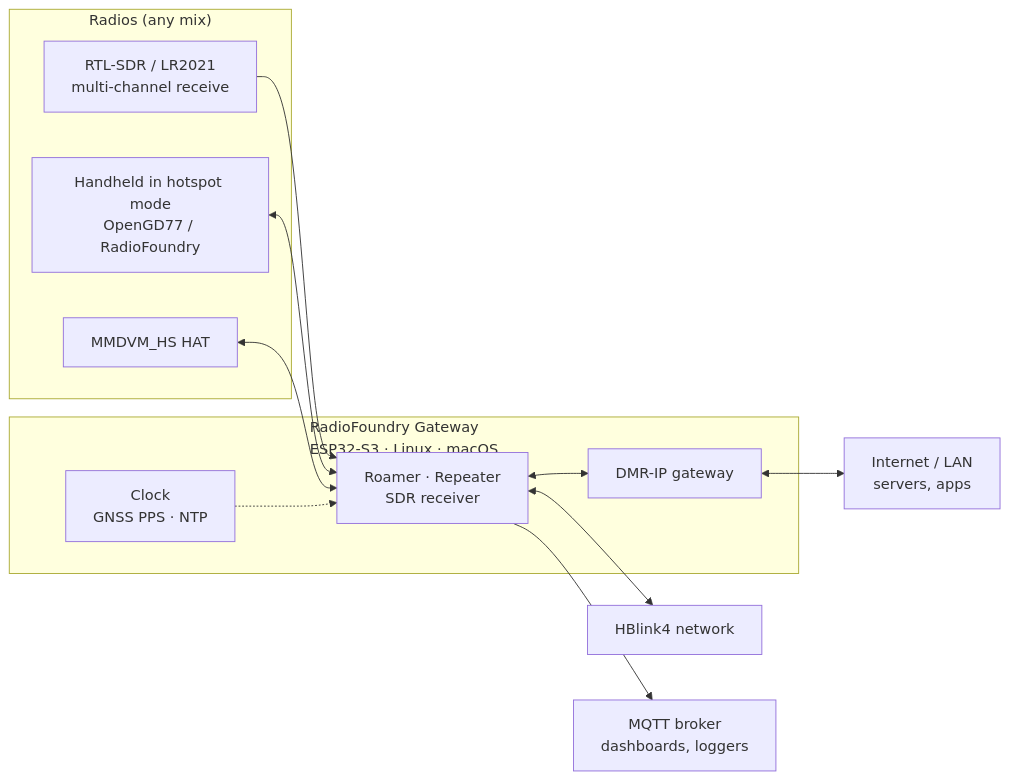
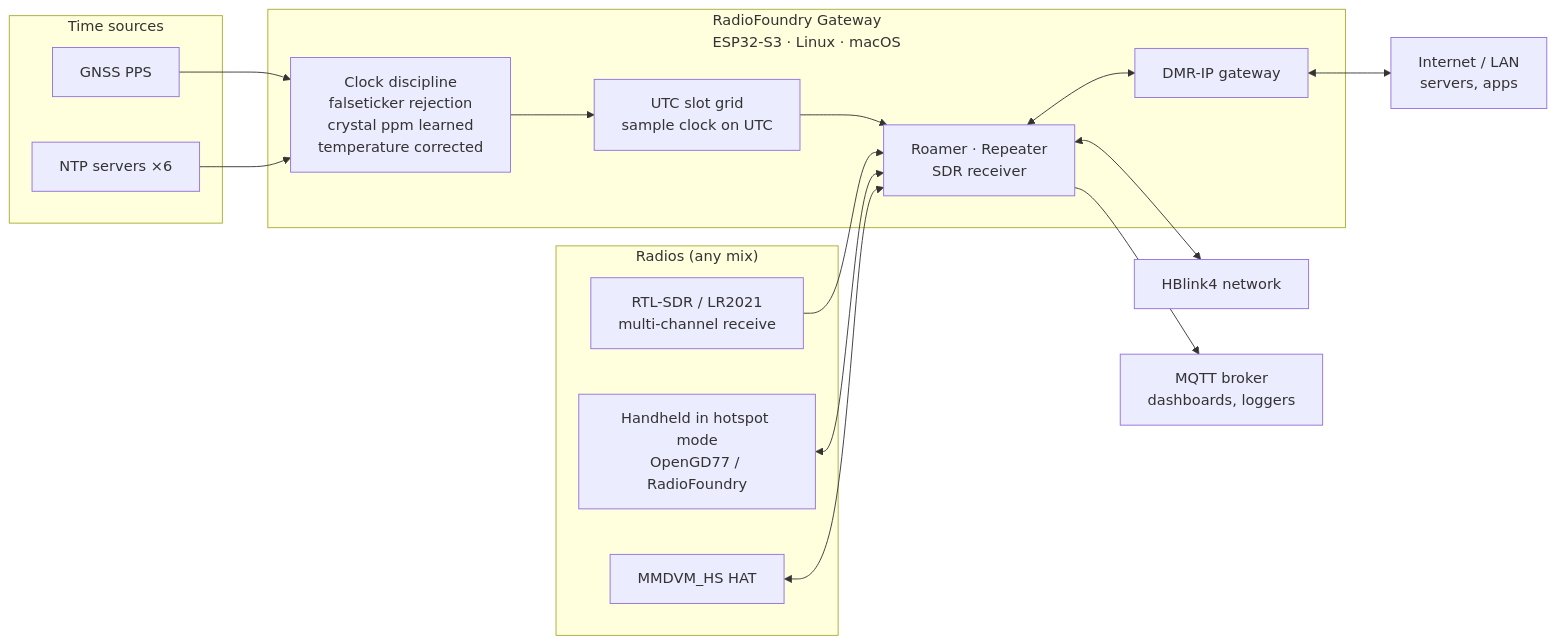
Before and after one commit to RadioFoundry/RadioFoundryGateway: the diagram in README.md, drawn with Mermaid. The commit also changed other lines of this file, not shown here.

Commit message:
README: clock disciplining in the diagram and features; emoji for HBlink4 and the IP gateway

````diff
--- a/README.md
+++ b/README.md
@@ -21,21 +21,28 @@
 ```mermaid
 flowchart LR
     subgraph Radios["Radios (any mix)"]
         SDR["RTL-SDR / LR2021<br/>multi-channel receive"]
         HS["Handheld in hotspot mode<br/>OpenGD77 / RadioFoundry"]
         HAT["MMDVM_HS HAT"]
     end
+    subgraph Time["Time sources"]
+        PPS["GNSS PPS"]
+        NTP["NTP servers ×6"]
+    end
     subgraph GW["RadioFoundry Gateway<br/>ESP32-S3 · Linux · macOS"]
+        CLK["Clock discipline<br/>falseticker rejection<br/>crystal ppm learned<br/>temperature corrected"]
+        GRID["UTC slot grid<br/>sample clock on UTC"]
         R["Roamer · Repeater<br/>SDR receiver"]
         IP["DMR-IP gateway"]
-        CLK["Clock<br/>GNSS PPS · NTP"]
     end
+    PPS --> CLK
+    NTP --> CLK
+    CLK --> GRID --> R
     SDR --> R
     HS <--> R
     HAT <--> R
     R <--> HB["HBlink4 network"]
     R --> MQ["MQTT broker<br/>dashboards, loggers"]
+    R <--> IP
     IP <--> NET["Internet / LAN<br/>servers, apps"]
-    R <--> IP
-    CLK -.-> R
 ```
````
